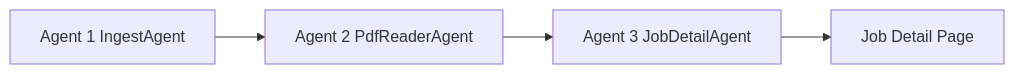
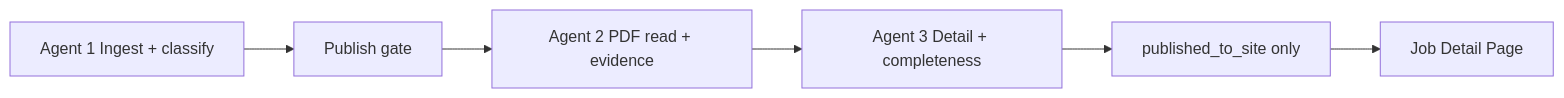
One commit to Anilkumar-Nallapaneni/mygovtjobs-main changed the diagram in .cursor/skills/live-jobs-pipeline/SKILL.md. Above: the diagram before and after it, drawn with Mermaid. The commit also changed other lines of this file and 67 other files, not shown here.

````diff
--- a/.cursor/skills/live-jobs-pipeline/SKILL.md
+++ b/.cursor/skills/live-jobs-pipeline/SKILL.md
@@ -12,6 +12,8 @@
 ```mermaid
 flowchart LR
-  A1[Agent 1 IngestAgent] --> A2[Agent 2 PdfReaderAgent]
-  A2 --> A3[Agent 3 JobDetailAgent]
-  A3 --> UI[Job Detail Page]
+  A1[Agent 1 Ingest + classify] --> Gate[Publish gate]
+  Gate --> A2[Agent 2 PDF read + evidence]
+  A2 --> A3[Agent 3 Detail + completeness]
+  A3 --> Pub[published_to_site only]
+  Pub --> UI[Job Detail Page]
 ```
````
